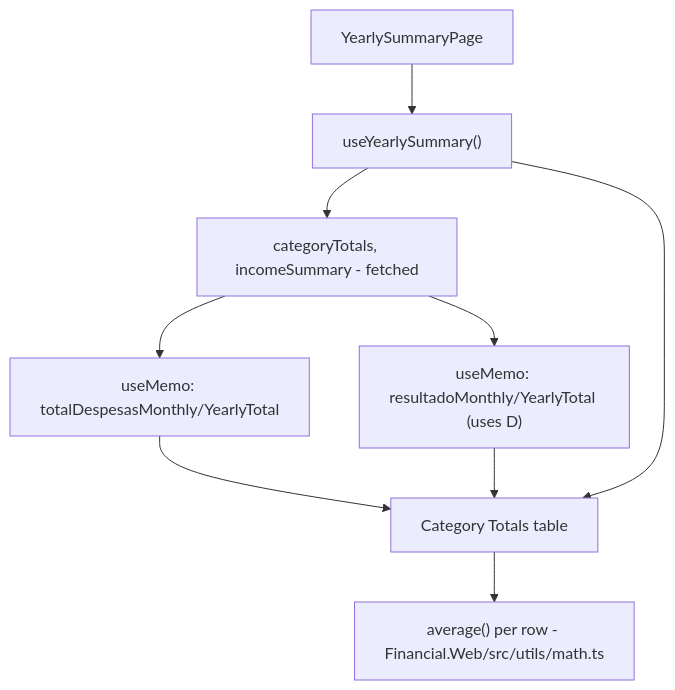
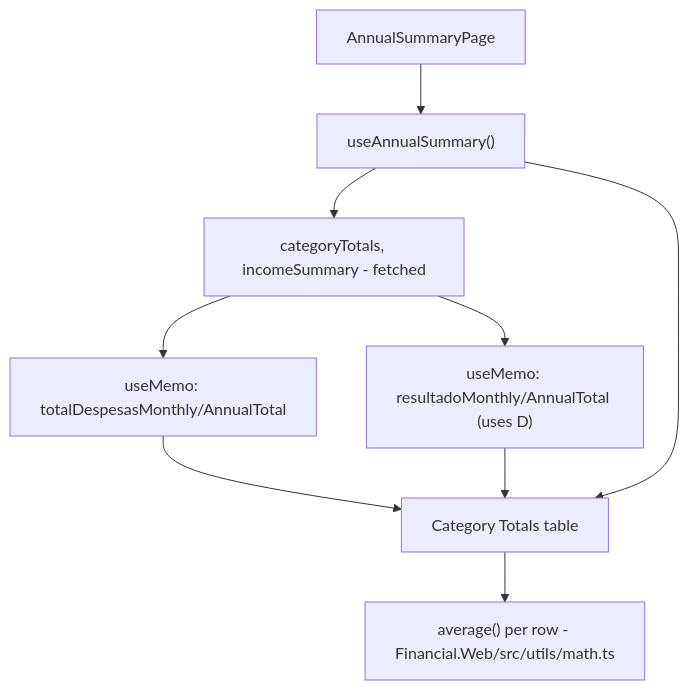
Before and after one commit to ggibellato/Financial: the diagram in docs/P16-F02-category-totals-subtab/spec.md, drawn with Mermaid. The commit also changed other lines of this file and 67 other files, not shown here.

First line of the commit message:
refactor(cashflow): rename Yearly to Annual across code and docs (#270)

````diff
--- a/docs/P16-F02-category-totals-subtab/spec.md
+++ b/docs/P16-F02-category-totals-subtab/spec.md
@@ -21,11 +21,11 @@
 ```mermaid
 graph TD
-    A[YearlySummaryPage] --> B["useYearlySummary()"]
+    A[AnnualSummaryPage] --> B["useAnnualSummary()"]
     B --> C[categoryTotals, incomeSummary - fetched]
-    C --> D["useMemo: totalDespesasMonthly/YearlyTotal"]
-    C --> E["useMemo: resultadoMonthly/YearlyTotal (uses D)"]
+    C --> D["useMemo: totalDespesasMonthly/AnnualTotal"]
+    C --> E["useMemo: resultadoMonthly/AnnualTotal (uses D)"]
     D --> F[Category Totals table]
     E --> F
     B --> F
     F --> G["average() per row - Financial.Web/src/utils/math.ts"]
 ```
````
